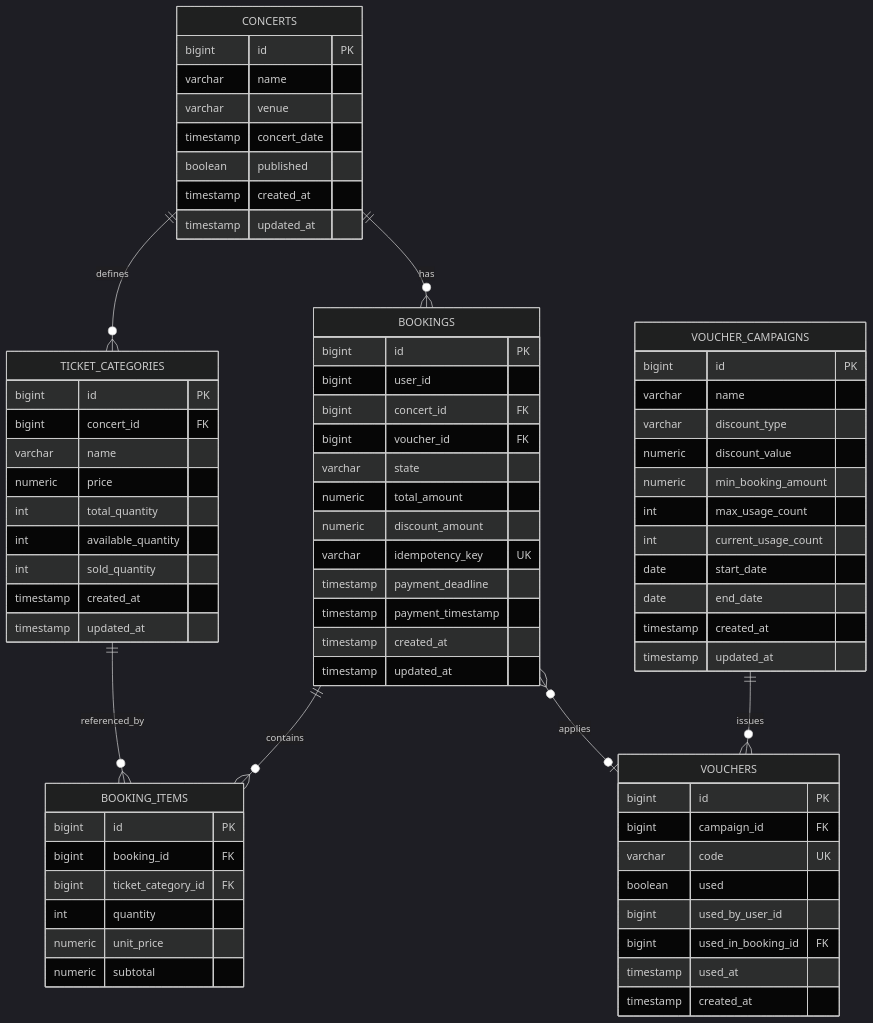
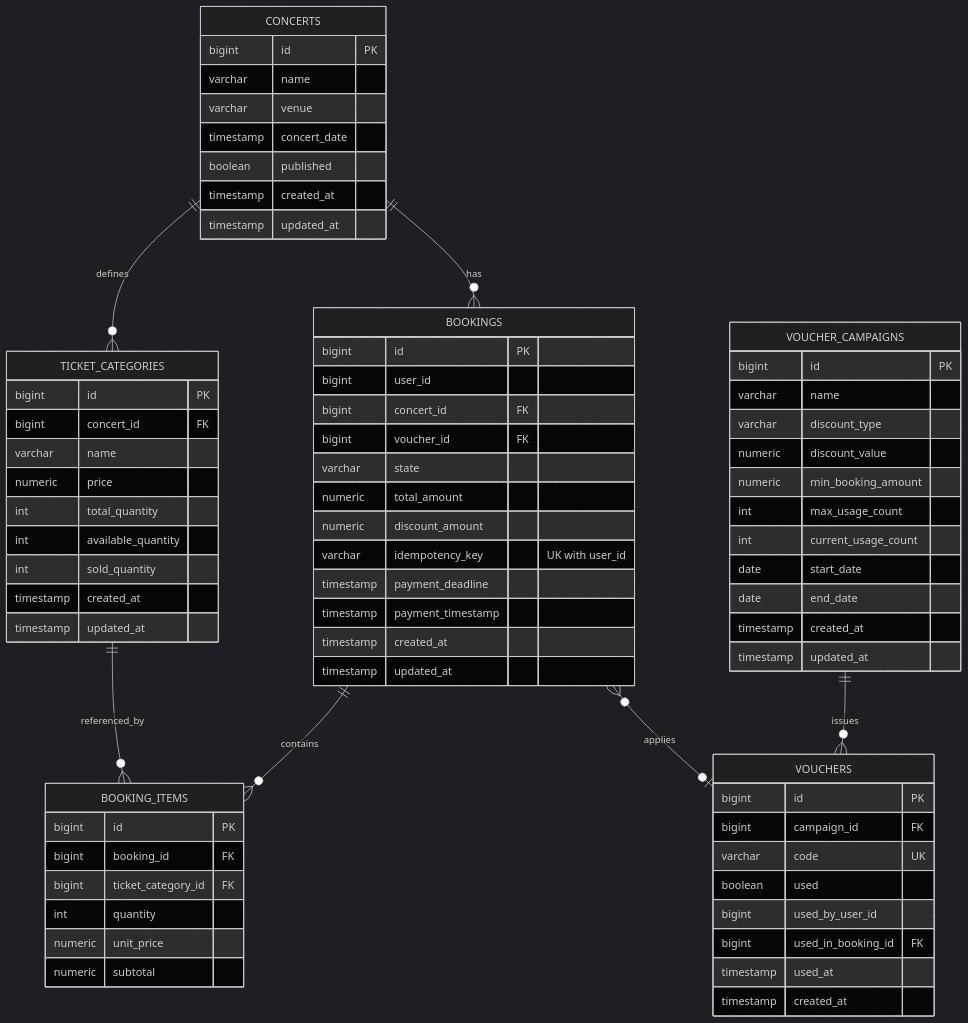
The diagram in docs/DATABASE-DESIGN.md (tcminh1405/geekup-event-ticket-booking), drawn with Mermaid (dark theme) before and after one commit. The commit also changed other lines of this file and 22 other files, not shown here.

````diff
--- a/docs/DATABASE-DESIGN.md
+++ b/docs/DATABASE-DESIGN.md
@@ -9,80 +9,80 @@
 ```mermaid
 erDiagram
     CONCERTS ||--o{ TICKET_CATEGORIES : defines
     CONCERTS ||--o{ BOOKINGS : has
     BOOKINGS ||--o{ BOOKING_ITEMS : contains
     TICKET_CATEGORIES ||--o{ BOOKING_ITEMS : referenced_by
     BOOKINGS }o--o| VOUCHERS : applies
     VOUCHER_CAMPAIGNS ||--o{ VOUCHERS : issues
 
     CONCERTS {
         bigint id PK
         varchar name
         varchar venue
         timestamp concert_date
         boolean published
         timestamp created_at
         timestamp updated_at
     }
 
     TICKET_CATEGORIES {
         bigint id PK
         bigint concert_id FK
         varchar name
         numeric price
         int total_quantity
         int available_quantity
         int sold_quantity
         timestamp created_at
         timestamp updated_at
     }
 
     BOOKINGS {
         bigint id PK
         bigint user_id
         bigint concert_id FK
         bigint voucher_id FK
         varchar state
         numeric total_amount
         numeric discount_amount
-        varchar idempotency_key UK
+        varchar idempotency_key "UK with user_id"
         timestamp payment_deadline
         timestamp payment_timestamp
         timestamp created_at
         timestamp updated_at
     }
 
     BOOKING_ITEMS {
         bigint id PK
         bigint booking_id FK
         bigint ticket_category_id FK
         int quantity
         numeric unit_price
         numeric subtotal
     }
 
     VOUCHER_CAMPAIGNS {
         bigint id PK
         varchar name
         varchar discount_type
         numeric discount_value
         numeric min_booking_amount
         int max_usage_count
         int current_usage_count
         date start_date
         date end_date
         timestamp created_at
         timestamp updated_at
     }
 
     VOUCHERS {
         bigint id PK
         bigint campaign_id FK
         varchar code UK
         boolean used
         bigint used_by_user_id
         bigint used_in_booking_id FK
         timestamp used_at
         timestamp created_at
     }
 ```
````
